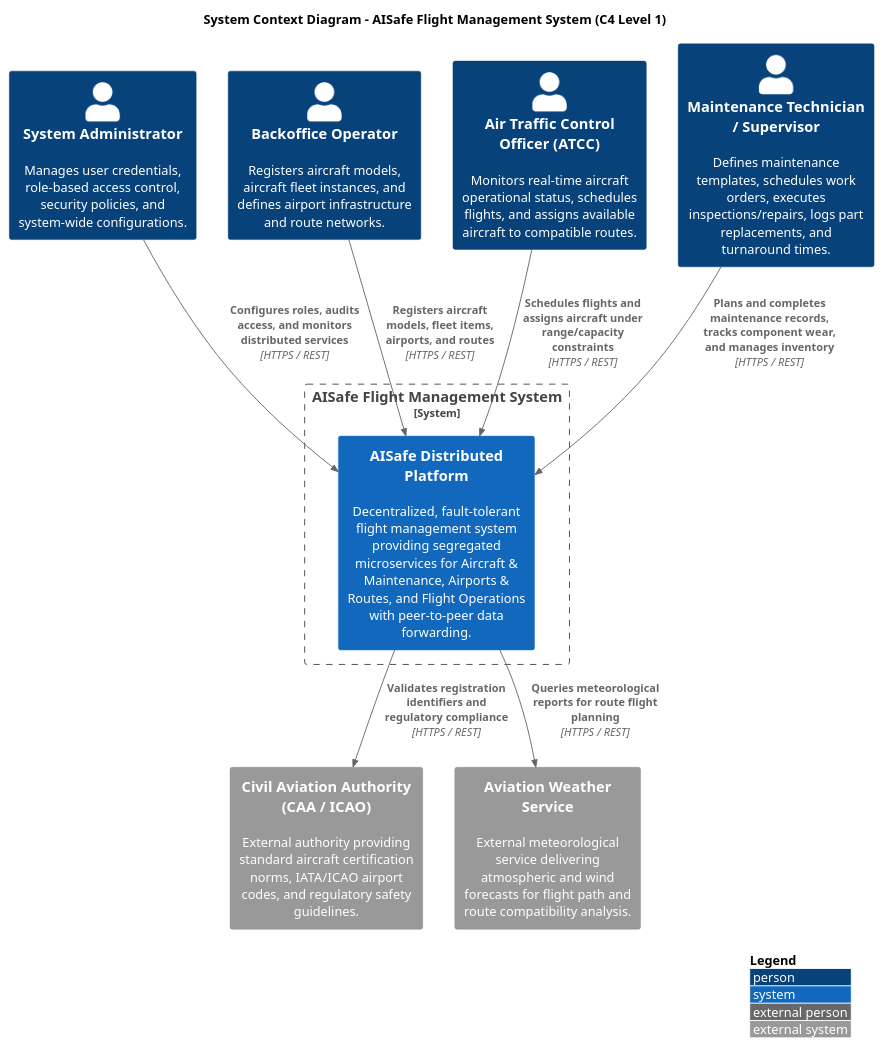
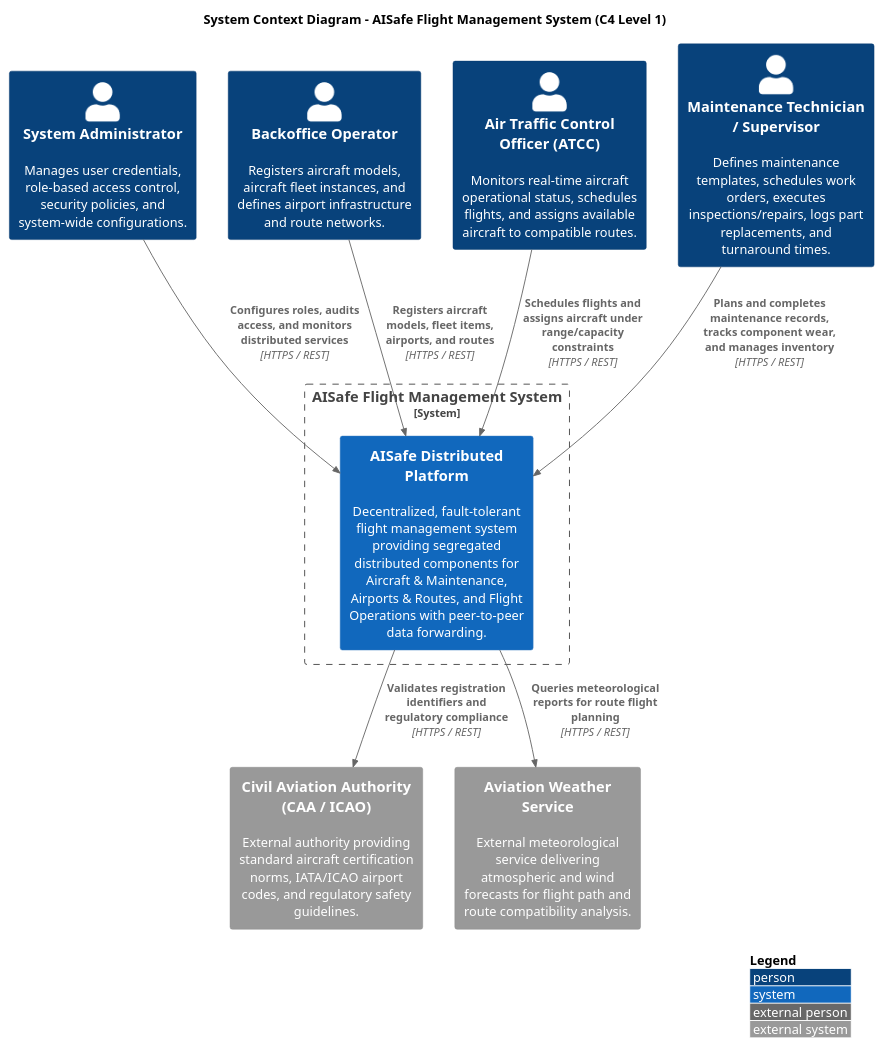
The diagram in design/diagrams/c4/_level1/_context.puml (pedroguilherme-web/SISDIS_5_2DB), drawn with PlantUML before and after one commit. The commit also changed 2 other files, not shown here.

Commit message:
docs(c4): update Level 1, 2, and 3 diagrams with 3-node P2P mesh and port 8092

```diff
--- a/design/diagrams/c4/_level1/_context.puml
+++ b/design/diagrams/c4/_level1/_context.puml
@@ -1,31 +1,31 @@
 @startuml _context
 !include <C4/C4_Context>
 
 ' Fallback includes for environments without local standard library
 '!include https://raw.githubusercontent.com/plantuml-stdlib/C4-PlantUML/master/C4_Context.puml
 
 LAYOUT_WITH_LEGEND()
 
 title System Context Diagram - AISafe Flight Management System (C4 Level 1)
 
 Person(admin, "System Administrator", "Manages user credentials, role-based access control, security policies, and system-wide configurations.")
 Person(bo_operator, "Backoffice Operator", "Registers aircraft models, aircraft fleet instances, and defines airport infrastructure and route networks.")
 Person(atcc, "Air Traffic Control Officer (ATCC)", "Monitors real-time aircraft operational status, schedules flights, and assigns available aircraft to compatible routes.")
 Person(technician, "Maintenance Technician / Supervisor", "Defines maintenance templates, schedules work orders, executes inspections/repairs, logs part replacements, and turnaround times.")
 
 System_Boundary(aisafe_system, "AISafe Flight Management System") {
-    System(aisafe, "AISafe Distributed Platform", "Decentralized, fault-tolerant flight management system providing segregated microservices for Aircraft & Maintenance, Airports & Routes, and Flight Operations with peer-to-peer data forwarding.")
+    System(aisafe, "AISafe Distributed Platform", "Decentralized, fault-tolerant flight management system providing segregated distributed components for Aircraft & Maintenance, Airports & Routes, and Flight Operations with peer-to-peer data forwarding.")
 }
 
 System_Ext(aviation_auth, "Civil Aviation Authority (CAA / ICAO)", "External authority providing standard aircraft certification norms, IATA/ICAO airport codes, and regulatory safety guidelines.")
 System_Ext(weather_svc, "Aviation Weather Service", "External meteorological service delivering atmospheric and wind forecasts for flight path and route compatibility analysis.")
 
 Rel(admin, aisafe, "Configures roles, audits access, and monitors distributed services", "HTTPS / REST")
 Rel(bo_operator, aisafe, "Registers aircraft models, fleet items, airports, and routes", "HTTPS / REST")
 Rel(atcc, aisafe, "Schedules flights and assigns aircraft under range/capacity constraints", "HTTPS / REST")
 Rel(technician, aisafe, "Plans and completes maintenance records, tracks component wear, and manages inventory", "HTTPS / REST")
 
 Rel(aisafe, aviation_auth, "Validates registration identifiers and regulatory compliance", "HTTPS / REST")
 Rel(aisafe, weather_svc, "Queries meteorological reports for route flight planning", "HTTPS / REST")
 
 @enduml
```
